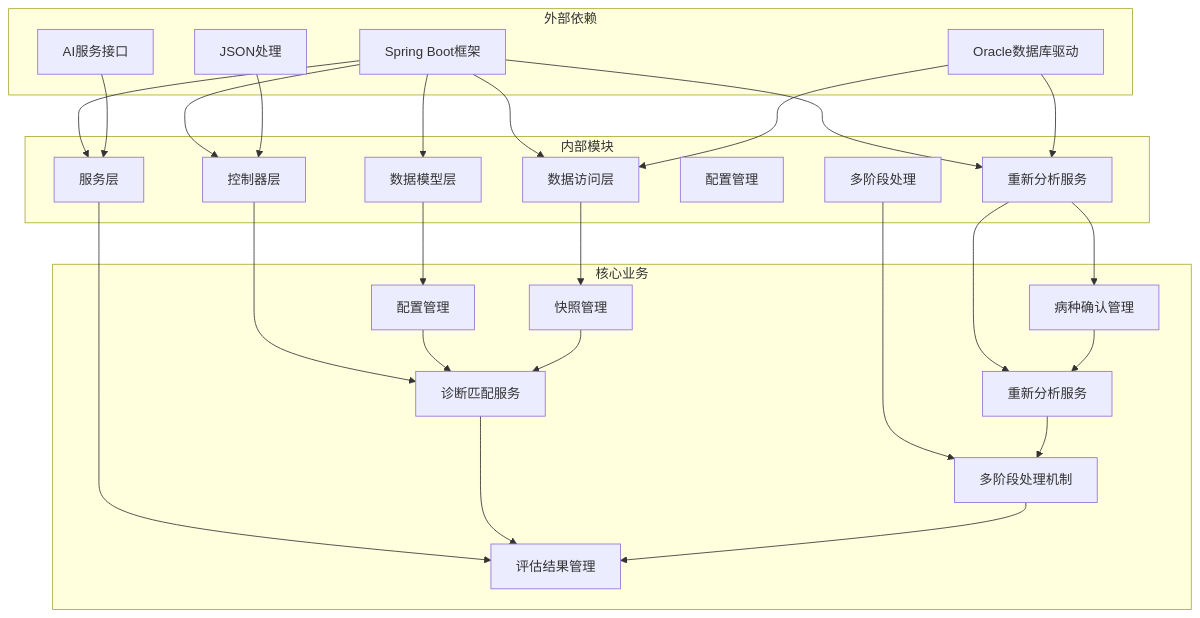
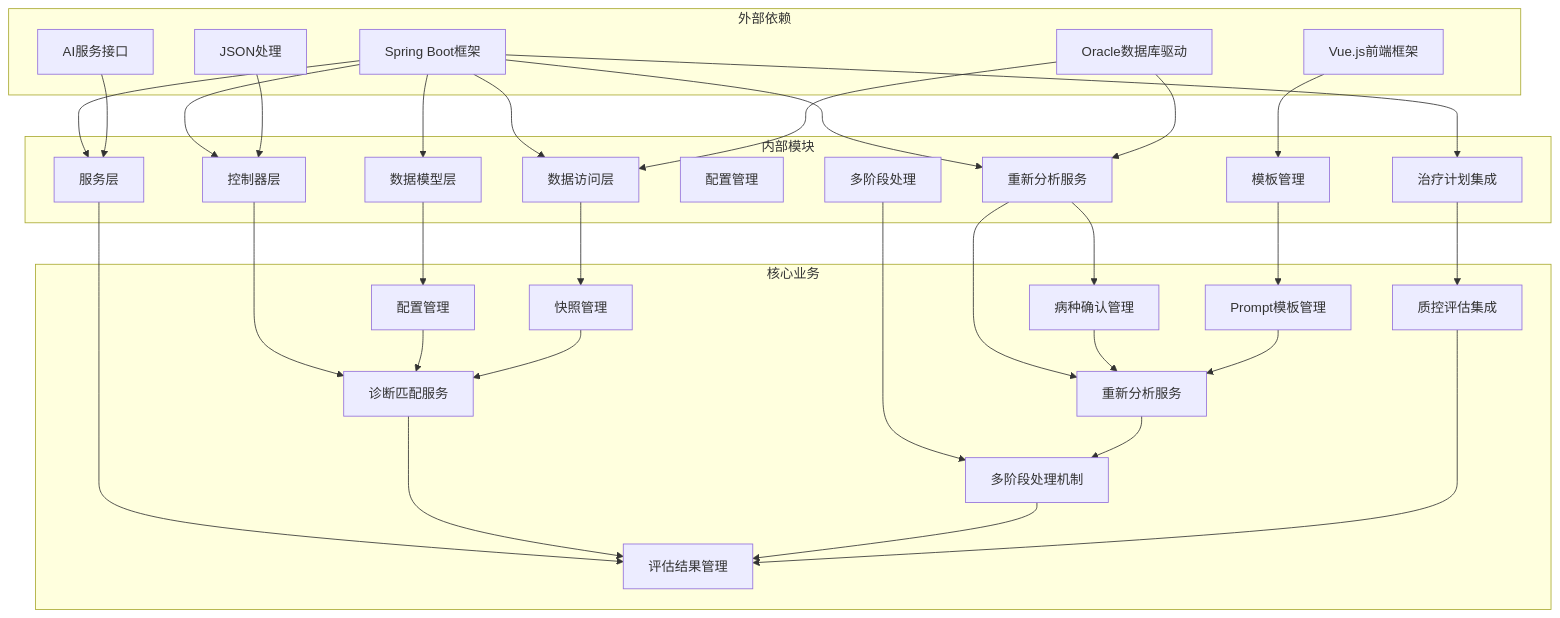
One commit to liuzh2008/med_ai_assistant_workspace changed diagram 14 of 14 in .qoder/repowiki/zh/content/QC评估引擎.md. Above: the diagram before and after it, drawn with Mermaid. The commit also changed other lines of this file and 4 other files, not shown here.

````diff
--- a/.qoder/repowiki/zh/content/QC评估引擎.md
+++ b/.qoder/repowiki/zh/content/QC评估引擎.md
@@ -652,49 +828,60 @@
 ```mermaid
 graph TB
 subgraph "外部依赖"
 EXT1[Spring Boot框架]
 EXT2[Oracle数据库驱动]
 EXT3[AI服务接口]
 EXT4[JSON处理]
+EXT5[Vue.js前端框架]
 end
 subgraph "内部模块"
 MOD1[控制器层]
 MOD2[服务层]
 MOD3[数据模型层]
 MOD4[数据访问层]
 MOD5[配置管理]
 MOD6[重新分析服务]
 MOD7[多阶段处理]
+MOD8[治疗计划集成]
+MOD9[模板管理]
 end
 subgraph "核心业务"
 BUS1[诊断匹配服务]
 BUS2[评估结果管理]
 BUS3[配置管理]
 BUS4[快照管理]
 BUS5[病种确认管理]
 BUS6[重新分析服务]
 BUS7[多阶段处理机制]
+BUS8[质控评估集成]
+BUS9[Prompt模板管理]
 end
 EXT1 --> MOD1
 EXT1 --> MOD2
 EXT1 --> MOD3
 EXT1 --> MOD4
 EXT1 --> MOD6
+EXT1 --> MOD8
 EXT2 --> MOD4
 EXT2 --> MOD6
 EXT3 --> MOD2
 EXT4 --> MOD1
+EXT5 --> MOD9
 MOD1 --> BUS1
 MOD2 --> BUS2
 MOD3 --> BUS3
 MOD4 --> BUS4
 MOD6 --> BUS5
 MOD6 --> BUS6
 MOD7 --> BUS7
+MOD8 --> BUS8
+MOD9 --> BUS9
 BUS1 --> BUS2
 BUS3 --> BUS1
 BUS4 --> BUS1
 BUS5 --> BUS6
 BUS6 --> BUS7
 BUS7 --> BUS2
+BUS8 --> BUS2
+BUS9 --> BUS6
 ```
````
